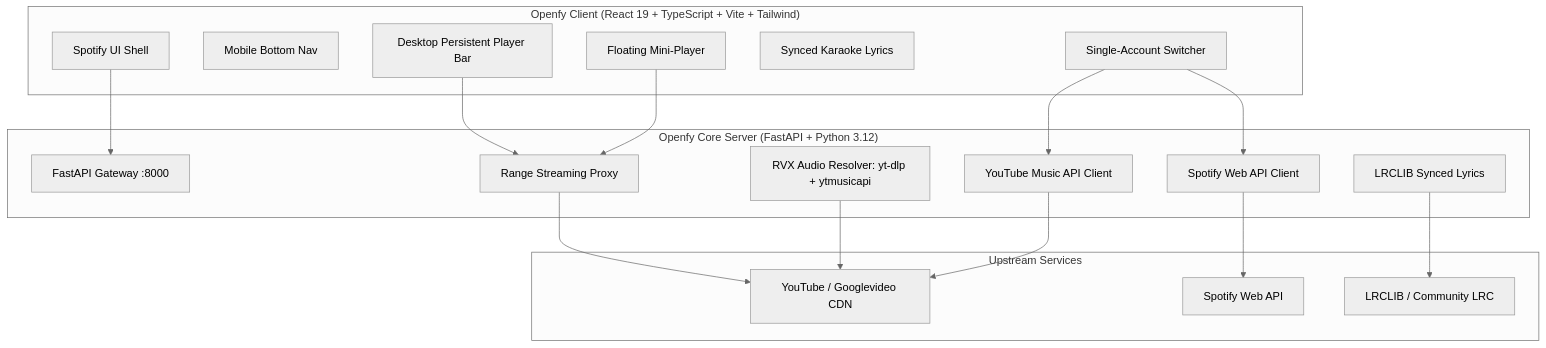
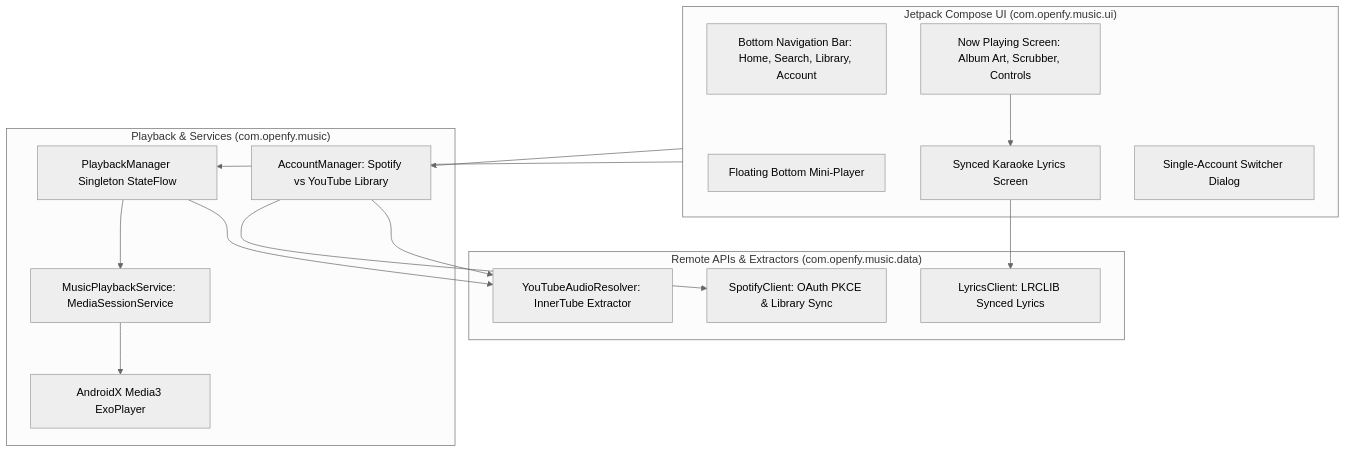
The diagram in README.md (Zcross091/Openfy), drawn with Mermaid (neutral theme) before and after one commit. The commit also changed other lines of this file and 82 other files, not shown here.

Commit message:
Refactor Openfy into pure native Android application (Kotlin + Jetpack Compose + Media3 ExoPlayer)

````diff
--- a/README.md
+++ b/README.md
@@ -40,38 +39,33 @@
 ```mermaid
 flowchart TD
-    subgraph Client["Openfy Client (React 19 + TypeScript + Vite + Tailwind)"]
-        UI[Spotify UI Shell]
-        MobileNav[Mobile Bottom Nav]
-        MiniPlayer[Floating Mini-Player]
-        PlayerBar[Desktop Persistent Player Bar]
-        LyricsModal[Synced Karaoke Lyrics]
-        AuthModal[Single-Account Switcher]
+    subgraph UI["Jetpack Compose UI (com.openfy.music.ui)"]
+        Nav[Bottom Navigation Bar: Home, Search, Library, Account]
+        MiniPlayer[Floating Bottom Mini-Player]
+        NowPlaying[Now Playing Screen: Album Art, Scrubber, Controls]
+        LyricsView[Synced Karaoke Lyrics Screen]
+        AccountModal[Single-Account Switcher Dialog]
     end
 
-    subgraph Server["Openfy Core Server (FastAPI + Python 3.12)"]
-        Gateway[FastAPI Gateway :8000]
-        AudioEngine[RVX Audio Resolver: yt-dlp + ytmusicapi]
-        StreamProxy[Range Streaming Proxy]
-        SpotifyClient[Spotify Web API Client]
-        YTClient[YouTube Music API Client]
-        LyricsEngine[LRCLIB Synced Lyrics]
+    subgraph Core["Playback & Services (com.openfy.music)"]
+        MusicService[MusicPlaybackService: MediaSessionService]
+        ExoPlayer[AndroidX Media3 ExoPlayer]
+        PlaybackMgr[PlaybackManager Singleton StateFlow]
+        AccountMgr[AccountManager: Spotify vs YouTube Library]
     end
 
-    subgraph Cloud["Upstream Services"]
-        YTCDN[YouTube / Googlevideo CDN]
-        SpotifyCloud[Spotify Web API]
-        LyricsCDN[LRCLIB / Community LRC]
+    subgraph Data["Remote APIs & Extractors (com.openfy.music.data)"]
+        YTEngine[YouTubeAudioResolver: InnerTube Extractor]
+        SpotifyClient[SpotifyClient: OAuth PKCE & Library Sync]
+        LyricsClient[LyricsClient: LRCLIB Synced Lyrics]
     end
 
-    UI --> Gateway
-    PlayerBar --> StreamProxy
-    MiniPlayer --> StreamProxy
-    AuthModal --> SpotifyClient
-    AuthModal --> YTClient
-
-    StreamProxy --> YTCDN
-    AudioEngine --> YTCDN
-    SpotifyClient --> SpotifyCloud
-    YTClient --> YTCDN
-    LyricsEngine --> LyricsCDN
+    UI --> PlaybackMgr
+    UI --> AccountMgr
+    PlaybackMgr --> MusicService
+    MusicService --> ExoPlayer
+    PlaybackMgr --> YTEngine
+    AccountMgr --> SpotifyClient
+    AccountMgr --> YTEngine
+    NowPlaying --> LyricsView
+    LyricsView --> LyricsClient
 ```
````
